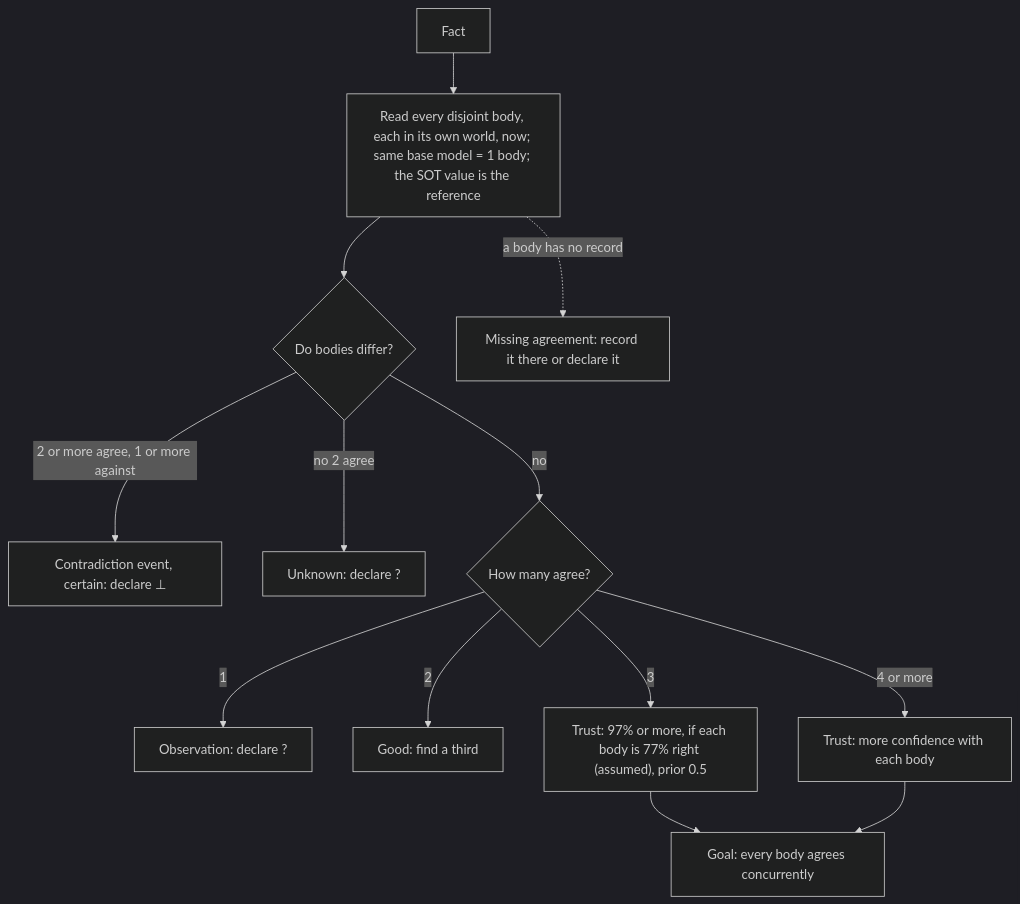
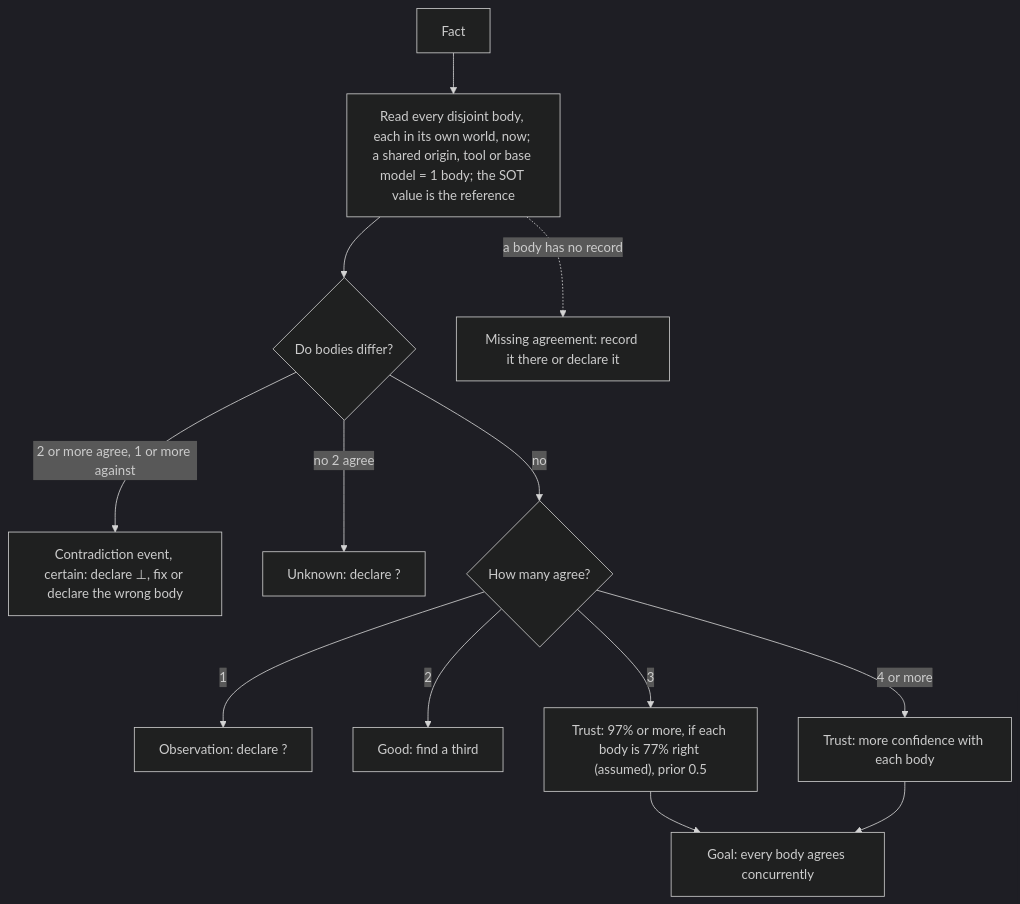
Before and after one commit to SolenixAI/arbiter: diagram 14 of 14 in AGENTS.md, drawn with Mermaid (dark theme). The commit also changed other lines of this file, not shown here.

Commit message:
docs(agents): section 13 counts a shared origin as one body; fix or declare the wrong body

````diff
--- a/AGENTS.md
+++ b/AGENTS.md
@@ -558,15 +560,15 @@
 ```mermaid
 flowchart TD
-  F[Fact] --> B["Read every disjoint body, each in its own world, now; same base model = 1 body; the SOT value is the reference"]
+  F[Fact] --> B["Read every disjoint body, each in its own world, now; a shared origin, tool or base model = 1 body; the SOT value is the reference"]
   B --> D{Do bodies differ?}
-  D -->|2 or more agree, 1 or more against| C["Contradiction event, certain: declare ⊥"]
+  D -->|2 or more agree, 1 or more against| C["Contradiction event, certain: declare ⊥, fix or declare the wrong body"]
   D -->|no 2 agree| U["Unknown: declare ?"]
   D -->|no| N{How many agree?}
   N -->|1| O["Observation: declare ?"]
   N -->|2| G[Good: find a third]
   N -->|3| T["Trust: 97% or more, if each body is 77% right (assumed), prior 0.5"]
   N -->|4 or more| M[Trust: more confidence with each body]
   B -.->|a body has no record| Mi[Missing agreement: record it there or declare it]
   T --> Goal[Goal: every body agrees concurrently]
   M --> Goal
 ```
````
